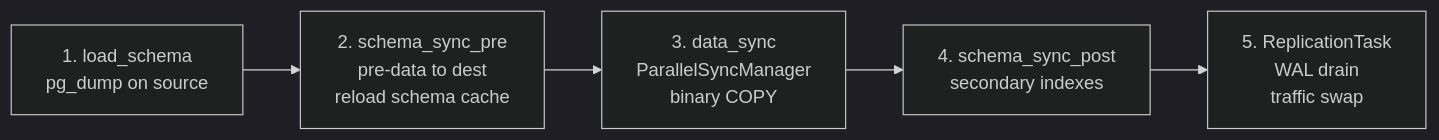
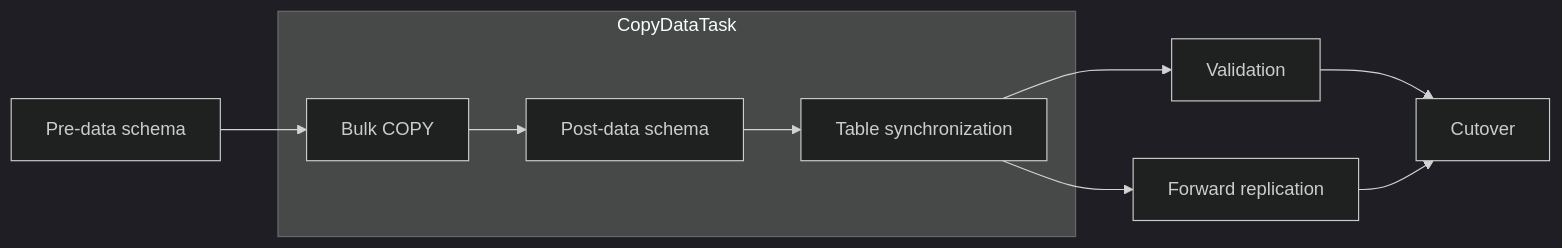
Before and after one commit to pgdogdev/pgdog: the diagram in docs/RESHARDING.md, drawn with Mermaid (dark theme). The commit also changed other lines of this file and 38 other files, not shown here.

Commit message:
feat(resharding): call post-data-validation during replication

````diff
--- a/docs/RESHARDING.md
+++ b/docs/RESHARDING.md
@@ -38,10 +55,19 @@
 ```mermaid
 flowchart LR
-    A["1. load_schema<br>pg_dump on source"]
-    B["2. schema_sync_pre<br>pre-data to dest<br>reload schema cache"]
-    C["3. data_sync<br>ParallelSyncManager<br>binary COPY"]
-    D["4. schema_sync_post<br>secondary indexes"]
-    E["5. ReplicationTask<br>WAL drain<br>traffic swap"]
+    A["Pre-data schema"]
+    subgraph CopyDataTask
+        B["Bulk COPY"]
+        C["Post-data schema"]
+        D["Table synchronization"]
+        B --> C --> D
+    end
+    F["Validation"]
+    G["Forward replication"]
+    H["Cutover"]
 
-    A --> B --> C --> D --> E
+    A --> B
+    D --> F
+    D --> G
+    F --> H
+    G --> H
 ```
````
